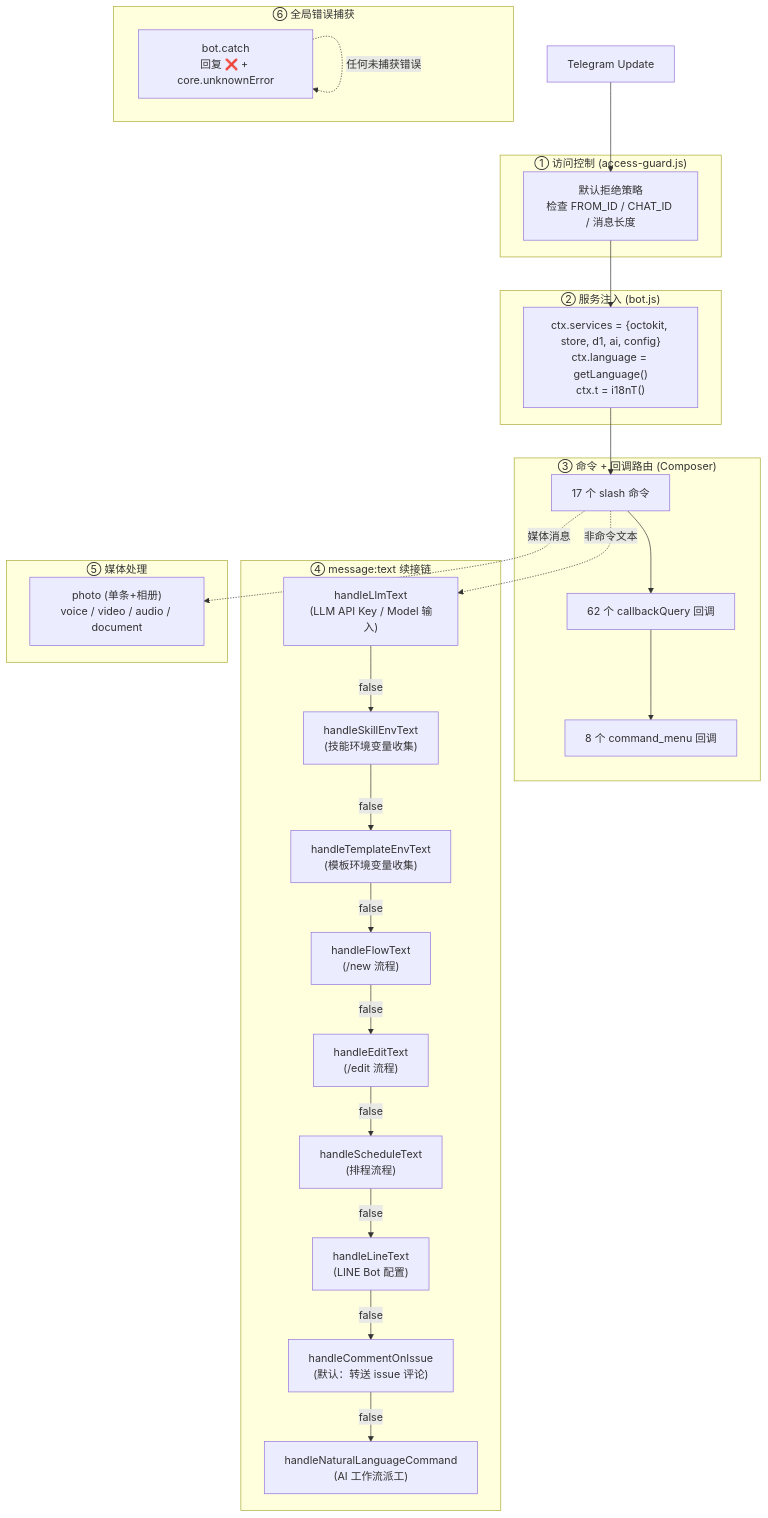
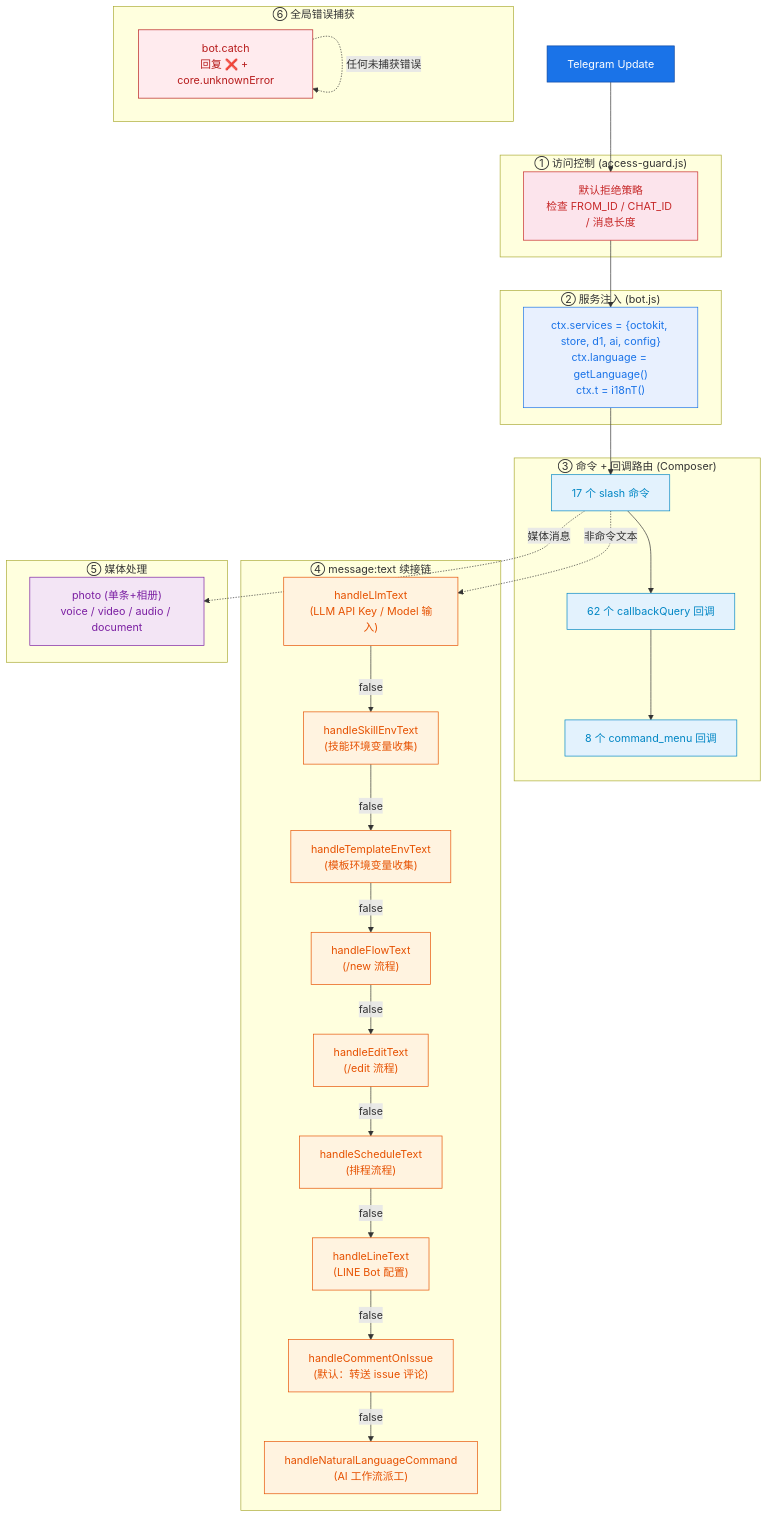
Before and after one commit to jeffsia-blacksmith/altShiftClawCore: the third of 11 diagrams in src/ARCHITECTURE.md, drawn with Mermaid. The commit also changed other lines of this file, not shown here.

First line of the commit message:
docs: add color coding to all remaining mermaid charts

````diff
--- a/src/ARCHITECTURE.md
+++ b/src/ARCHITECTURE.md
@@ -171,45 +177,53 @@
 ```mermaid
 flowchart TB
-    UPDATE["Telegram Update"]
+    classDef entry fill:#1a73e8,stroke:#0d47a1,color:#fff
+    classDef guard fill:#fce4ec,stroke:#c62828,color:#c62828
+    classDef svc fill:#e8f0fe,stroke:#1a73e8,color:#1a73e8
+    classDef cmd fill:#e3f2fd,stroke:#0086c4,color:#0086c4
+    classDef flow fill:#fff3e0,stroke:#e65100,color:#e65100
+    classDef media fill:#f3e5f5,stroke:#7b1fa2,color:#7b1fa2
+    classDef err fill:#ffebee,stroke:#b71c1c,color:#b71c1c
+
+    UPDATE["Telegram Update"]:::entry
 
     subgraph "① 访问控制 (access-guard.js)"
-        AG["默认拒绝策略<br/>检查 FROM_ID / CHAT_ID / 消息长度"]
+        AG["默认拒绝策略<br/>检查 FROM_ID / CHAT_ID / 消息长度"]:::guard
     end
 
     subgraph "② 服务注入 (bot.js)"
-        SVC["ctx.services = {octokit, store, d1, ai, config}<br/>ctx.language = getLanguage()<br/>ctx.t = i18nT()"]
+        SVC["ctx.services = {octokit, store, d1, ai, config}<br/>ctx.language = getLanguage()<br/>ctx.t = i18nT()"]:::svc
     end
 
     subgraph "③ 命令 + 回调路由 (Composer)"
-        CMD["17 个 slash 命令"]
-        CB["62 个 callbackQuery 回调"]
-        MENUCB["8 个 command_menu 回调"]
+        CMD["17 个 slash 命令"]:::cmd
+        CB["62 个 callbackQuery 回调"]:::cmd
+        MENUCB["8 个 command_menu 回调"]:::cmd
     end
 
     subgraph "④ message:text 续接链"
-        T1["handleLlmText<br/>(LLM API Key / Model 输入)"]
-        T2["handleSkillEnvText<br/>(技能环境变量收集)"]
-        T3["handleTemplateEnvText<br/>(模板环境变量收集)"]
-        T4["handleFlowText<br/>(/new 流程)"]
-        T5["handleEditText<br/>(/edit 流程)"]
-        T6["handleScheduleText<br/>(排程流程)"]
-        T7["handleLineText<br/>(LINE Bot 配置)"]
-        T8["handleCommentOnIssue<br/>(默认：转送 issue 评论)"]
-        T9["handleNaturalLanguageCommand<br/>(AI 工作流派工)"]
+        T1["handleLlmText<br/>(LLM API Key / Model 输入)"]:::flow
+        T2["handleSkillEnvText<br/>(技能环境变量收集)"]:::flow
+        T3["handleTemplateEnvText<br/>(模板环境变量收集)"]:::flow
+        T4["handleFlowText<br/>(/new 流程)"]:::flow
+        T5["handleEditText<br/>(/edit 流程)"]:::flow
+        T6["handleScheduleText<br/>(排程流程)"]:::flow
+        T7["handleLineText<br/>(LINE Bot 配置)"]:::flow
+        T8["handleCommentOnIssue<br/>(默认：转送 issue 评论)"]:::flow
+        T9["handleNaturalLanguageCommand<br/>(AI 工作流派工)"]:::flow
     end
 
     subgraph "⑤ 媒体处理"
-        MEDIA["photo (单条+相册)<br/>voice / video / audio / document"]
+        MEDIA["photo (单条+相册)<br/>voice / video / audio / document"]:::media
     end
 
     subgraph "⑥ 全局错误捕获"
-        CATCH["bot.catch<br/>回复 ❌ + core.unknownError"]
+        CATCH["bot.catch<br/>回复 ❌ + core.unknownError"]:::err
     end
 
     UPDATE --> AG --> SVC --> CMD --> CB --> MENUCB
     CMD -.->|"非命令文本"| T1
     T1 -->|false| T2 -->|false| T3 -->|false| T4 -->|false| T5
     T5 -->|false| T6 -->|false| T7 -->|false| T8 -->|false| T9
     CMD -.->|"媒体消息"| MEDIA
     CATCH -.->|"任何未捕获错误"| CATCH
 ```
````
